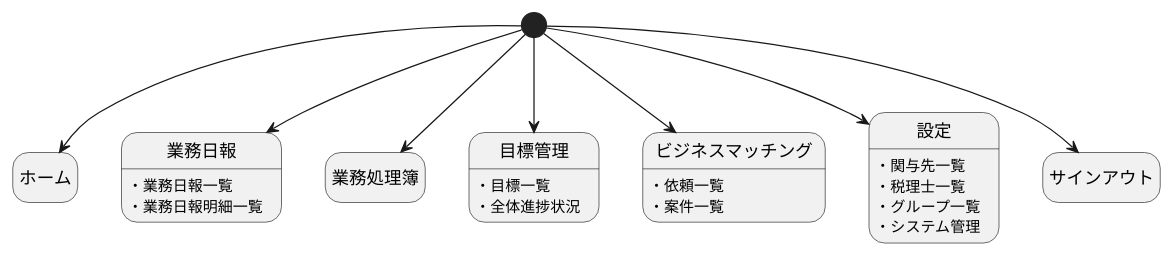
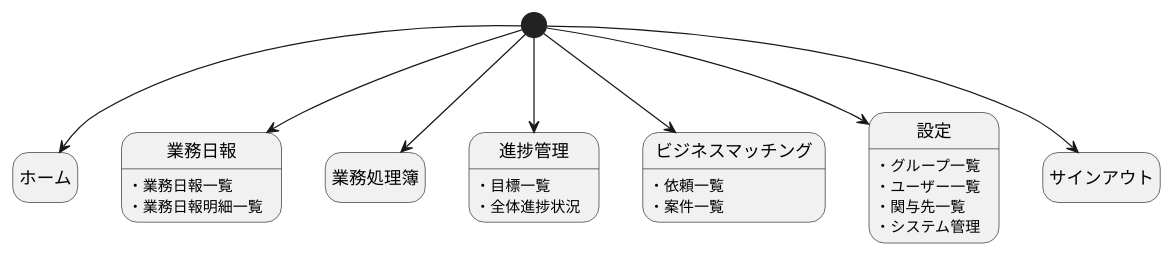
The diagram in docs/navigation.pu (cedge1michi/tass_mock-frontend), drawn with PlantUML before and after one commit. The commit also changed 24 other files, not shown here.

```diff
--- a/docs/navigation.pu
+++ b/docs/navigation.pu
@@ -1,14 +1,14 @@
 @startuml ナビゲーション
 hide empty description
 [*] --> ホーム
 [*] --> 業務日報
 業務日報: ・業務日報一覧\n・業務日報明細一覧
 [*] --> 業務処理簿
-[*] --> 目標管理
-目標管理: ・目標一覧\n・全体進捗状況
+[*] --> 進捗管理
+進捗管理: ・目標一覧\n・全体進捗状況
 [*] --> ビジネスマッチング
 ビジネスマッチング: ・依頼一覧\n・案件一覧
 [*] --> 設定
-設定: ・関与先一覧\n・税理士一覧\n・グループ一覧\n・システム管理
+設定: ・グループ一覧\n・ユーザー一覧\n・関与先一覧\n・システム管理
 [*] --> サインアウト
 @enduml
```
